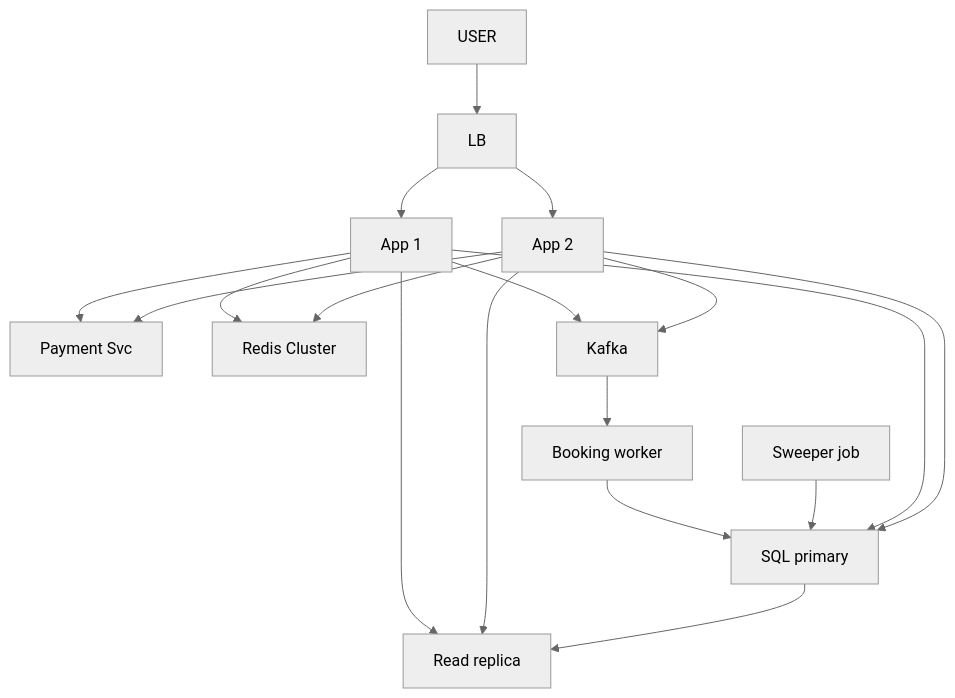
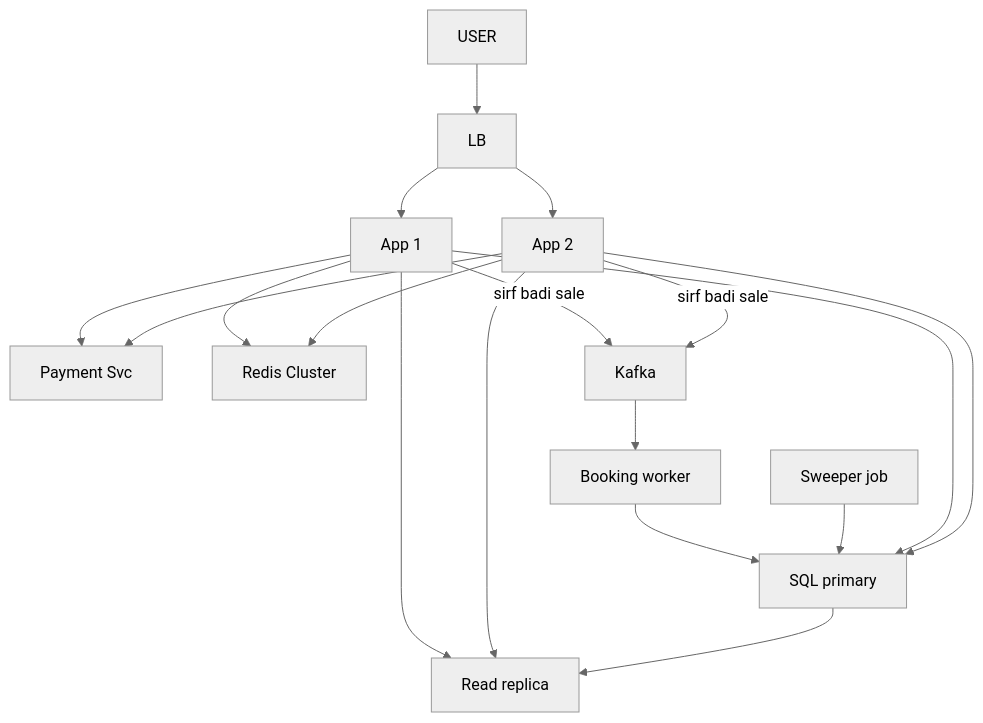
The tenth of 10 diagrams in 04_HLD/SYSTEM_DESIGNS/09_bookmyshow/09_bookmyshow_INTERVIEW.md (ArpanMaheshwari144/Prep), drawn with Mermaid (neutral theme) before and after one commit. The commit also changed other lines of this file and 13 other files, not shown here.

First line of the commit message:
hld designs: fix the review findings and put each diagram right below its ILAAJ

````diff
--- a/04_HLD/SYSTEM_DESIGNS/09_bookmyshow/09_bookmyshow_INTERVIEW.md
+++ b/04_HLD/SYSTEM_DESIGNS/09_bookmyshow/09_bookmyshow_INTERVIEW.md
@@ -477,31 +484,31 @@
 ```mermaid
 flowchart TD
     n_USER["USER"]
     n_LB["LB"]
     n_App_x_N_1["App 1"]
     n_App_x_N_2["App 2"]
     n_Payment_Svc["Payment Svc"]
     n_Redis_Cluster["Redis Cluster"]
     n_Read_replica["Read replica"]
     n_Kafka["Kafka"]
     n_Booking_worker["Booking worker"]
     n_SQL_primary["SQL primary"]
     n_Sweeper_job["Sweeper job"]
     n_USER --> n_LB
     n_LB --> n_App_x_N_1
     n_LB --> n_App_x_N_2
     n_App_x_N_1 --> n_Payment_Svc
     n_App_x_N_2 --> n_Payment_Svc
     n_App_x_N_1 --> n_Redis_Cluster
     n_App_x_N_2 --> n_Redis_Cluster
     n_App_x_N_1 --> n_Read_replica
     n_App_x_N_2 --> n_Read_replica
-    n_App_x_N_1 --> n_Kafka
-    n_App_x_N_2 --> n_Kafka
+    n_App_x_N_1 -->|sirf badi sale| n_Kafka
+    n_App_x_N_2 -->|sirf badi sale| n_Kafka
     n_Kafka --> n_Booking_worker
     n_Booking_worker --> n_SQL_primary
     n_Sweeper_job --> n_SQL_primary
     n_App_x_N_1 --> n_SQL_primary
     n_App_x_N_2 --> n_SQL_primary
     n_SQL_primary --> n_Read_replica
 ```
````
